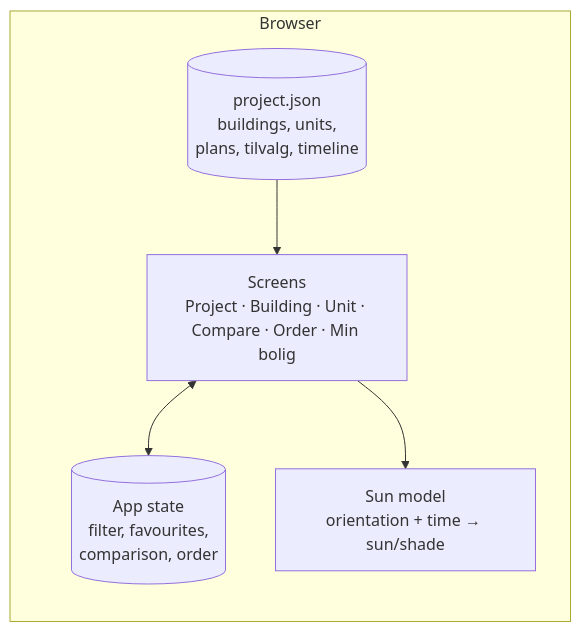
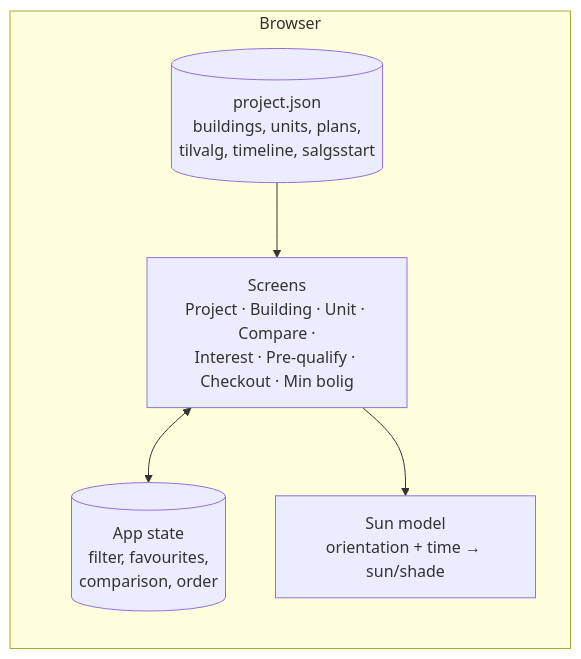
The first of 3 diagrams in docs/project/Architecture.md (kremflote/Borettslaget), drawn with Mermaid before and after one commit. The commit also changed other lines of this file and 9 other files, not shown here.

First line of the commit message:
Design Sprint: record group decisions on interest-first flow and scope

````diff
--- a/docs/project/Architecture.md
+++ b/docs/project/Architecture.md
@@ -11,12 +11,12 @@
 ```mermaid
 flowchart LR
   subgraph Browser
-    UI[Screens<br/>Project · Building · Unit · Compare · Order · Min bolig]
+    UI[Screens<br/>Project · Building · Unit · Compare ·<br/>Interest · Pre-qualify · Checkout · Min bolig]
     State[(App state<br/>filter, favourites,<br/>comparison, order)]
     Sun[Sun model<br/>orientation + time → sun/shade]
-    Data[(project.json<br/>buildings, units,<br/>plans, tilvalg, timeline)]
+    Data[(project.json<br/>buildings, units, plans,<br/>tilvalg, timeline, salgsstart)]
   end
   UI <--> State
   UI --> Sun
   Data --> UI
 ```
````
